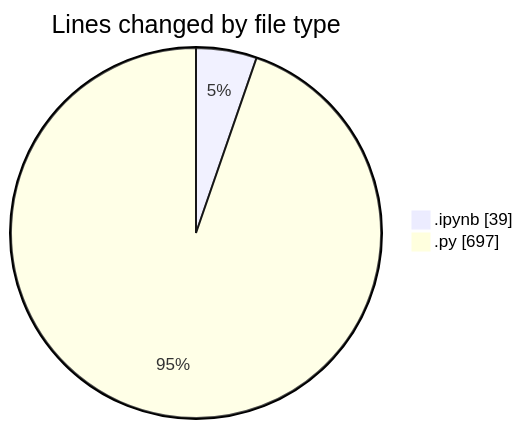
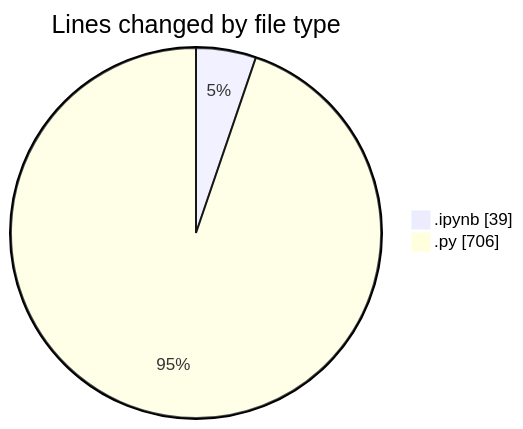
Before and after one commit to MatusMokan/code-tracking: the first of 2 diagrams in 2025-03-15/myws__workspace_/README.md, drawn with Mermaid. The commit also changed other lines of this file and 1 other file, not shown here.

````diff
--- a/2025-03-15/myws__workspace_/README.md
+++ b/2025-03-15/myws__workspace_/README.md
@@ -21,6 +21,6 @@
 ```mermaid
 pie showData
 title Lines changed by file type
 ".ipynb" : 39
-".py" : 697
+".py" : 706
 ```
````
